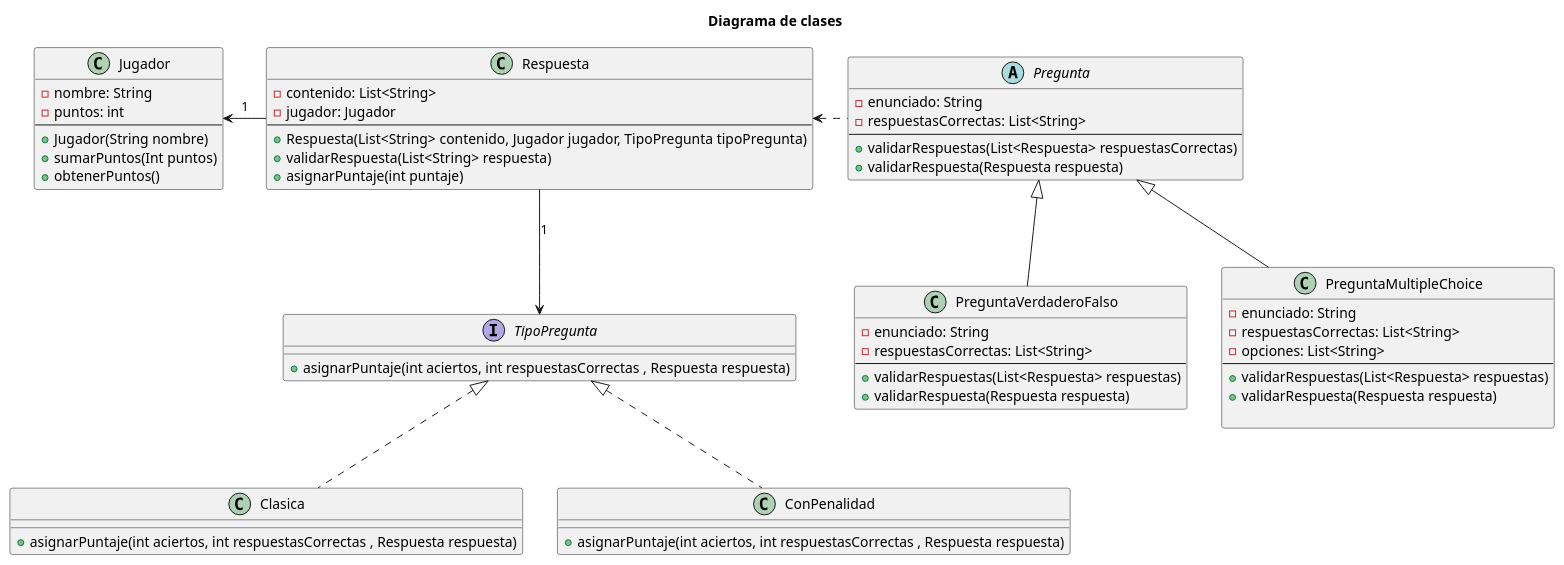
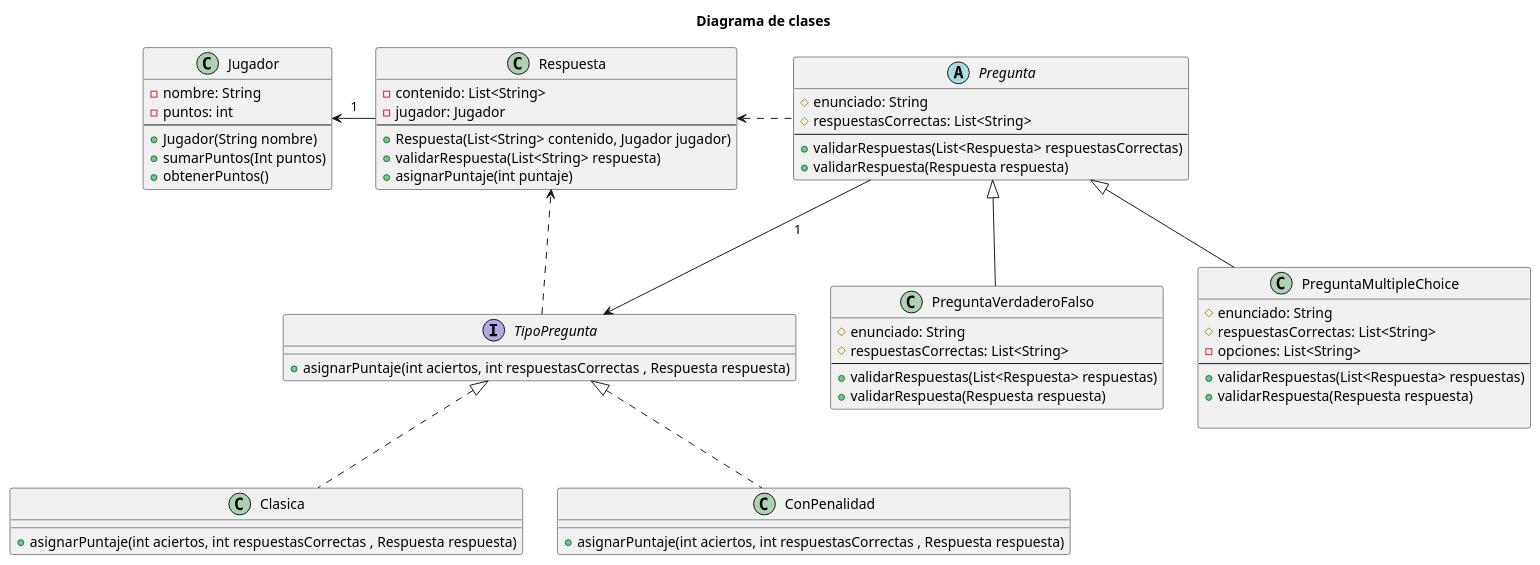
The diagram in diagrams/classes/diagrama_clase_entrega_1.puml (laldonate96/Algo3-TP2), drawn with PlantUML before and after one commit. The commit also changed 6 other files, not shown here.

Commit message:
Cambio TipoPregunta, ahora lo tiene Pregunta

```diff
--- a/diagrams/classes/diagrama_clase_entrega_1.puml
+++ b/diagrams/classes/diagrama_clase_entrega_1.puml
@@ -1,64 +1,65 @@
 @startuml diagrama de clases
 title Diagrama de clases
 
 class Jugador{
     - nombre: String
     - puntos: int
     ---
     + Jugador(String nombre)
     + sumarPuntos(Int puntos)
     + obtenerPuntos()
 }
 
 Class Respuesta {
     - contenido: List<String>
     - jugador: Jugador
     ---
-    + Respuesta(List<String> contenido, Jugador jugador, TipoPregunta tipoPregunta)
+    + Respuesta(List<String> contenido, Jugador jugador)
     + validarRespuesta(List<String> respuesta)
     + asignarPuntaje(int puntaje)
 }
 
 interface TipoPregunta {
     + asignarPuntaje(int aciertos, int respuestasCorrectas , Respuesta respuesta)
 }
 
 class Clasica implements TipoPregunta{
     + asignarPuntaje(int aciertos, int respuestasCorrectas , Respuesta respuesta)
 }
 
 class ConPenalidad implements TipoPregunta{
     + asignarPuntaje(int aciertos, int respuestasCorrectas , Respuesta respuesta)
 }
 
 abstract class Pregunta {
-    - enunciado: String
-    - respuestasCorrectas: List<String>
+    # enunciado: String
+    # respuestasCorrectas: List<String>
     ---
     + validarRespuestas(List<Respuesta> respuestasCorrectas)
     + validarRespuesta(Respuesta respuesta)
 }
 
 class PreguntaVerdaderoFalso extends Pregunta {
-    - enunciado: String
-    - respuestasCorrectas: List<String>
+    # enunciado: String
+    # respuestasCorrectas: List<String>
     ---
     + validarRespuestas(List<Respuesta> respuestas)
     + validarRespuesta(Respuesta respuesta)
 }
 
 class PreguntaMultipleChoice extends Pregunta {
-    - enunciado: String
-    - respuestasCorrectas: List<String>
+    # enunciado: String
+    # respuestasCorrectas: List<String>
     - opciones: List<String>
     ---
     + validarRespuestas(List<Respuesta> respuestas)
     + validarRespuesta(Respuesta respuesta)
 
 }
 
 Respuesta -l-> Jugador: "1"
-Respuesta --> TipoPregunta: "1"
+Pregunta -r-> TipoPregunta: "1"
 Pregunta -l.> Respuesta
+TipoPregunta ..> Respuesta
 
 @enduml
```
